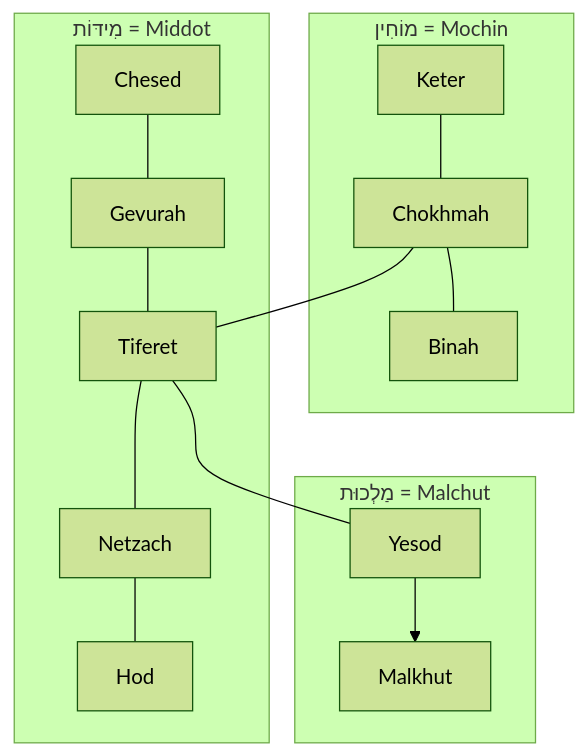
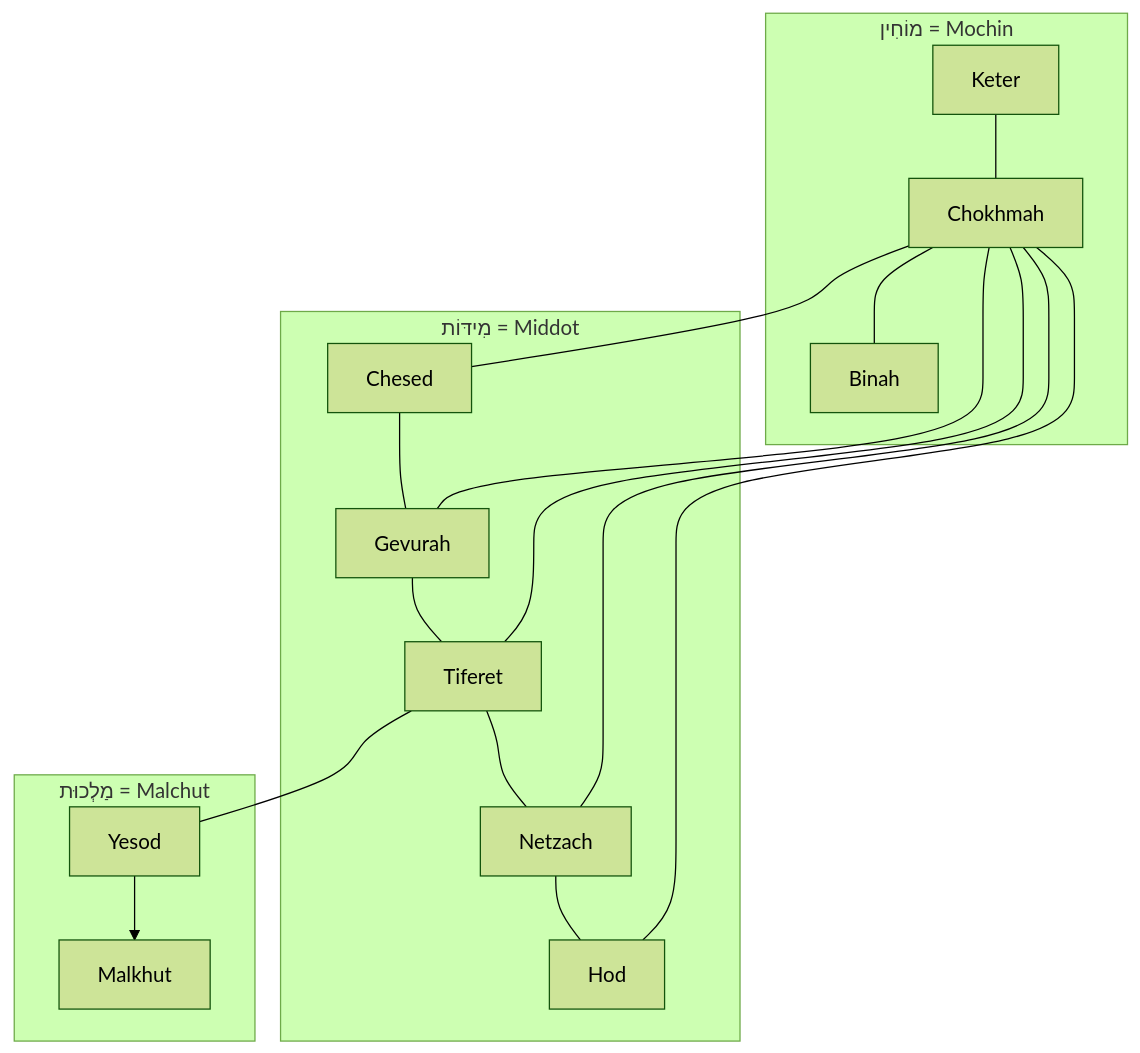
One commit to josefsbreakfast/Polaris-Protocol changed the second of 2 diagrams in Polaris_Nest/Git_Intake_Drawer/🍷_Always_Spiritually_In_Jerusalem/🌳_three_overaching_clusters.md. Above: the diagram before and after it, drawn with Mermaid (forest theme).

````diff
--- a/Polaris_Nest/Git_Intake_Drawer/🍷_Always_Spiritually_In_Jerusalem/🌳_three_overaching_clusters.md
+++ b/Polaris_Nest/Git_Intake_Drawer/🍷_Always_Spiritually_In_Jerusalem/🌳_three_overaching_clusters.md
@@ -27,36 +27,41 @@
 ```mermaid
   graph TB
 
     subgraph one[מוֹחִין = Mochin]
         a1[Keter]
         a2[Chokhmah]
         a3[Binah]
     end
 
     subgraph two[מִידּוֹת = Middot]
         b1[Chesed]
         b2[Gevurah]
         b3[Tiferet]
         b4[Netzach]
         b5[Hod]
     end
 
     subgraph three[מַלְכוּת = Malchut]
         c1[Yesod]
         c2[Malkhut]
     end
 
     a1 --- a2
     a2 --- a3
 
     b1 --- b2
     b2 --- b3
     b3 --- b4
     b4 --- b5
 
     c1 --> c2
 
+    a2 --- b1
+    a2 --- b2
     a2 --- b3
+    a2 --- b4
+    a2 --- b5
+
     b3 --- c1
 
   ```
````
